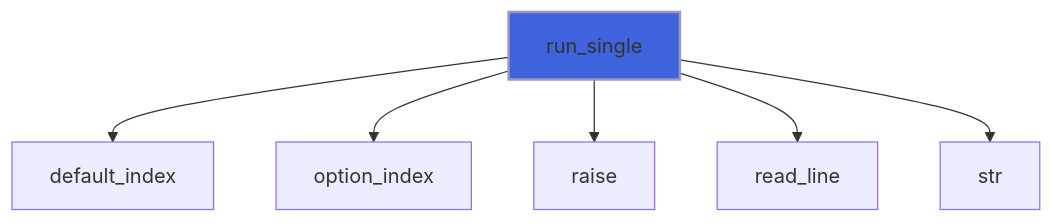
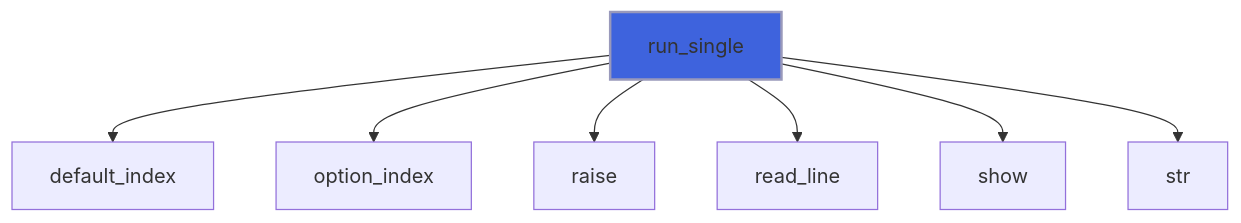
Before and after one commit to szaghi/FLAP: the fourth of 8 diagrams in docs/api/src/lib/flap_menu_t.md, drawn with Mermaid. The commit also changed other lines of this file and 6 other files, not shown here.

````diff
--- a/docs/api/src/lib/flap_menu_t.md
+++ b/docs/api/src/lib/flap_menu_t.md
@@ -169,9 +188,10 @@
 ```mermaid
 flowchart TD
   run_single["run_single"] --> default_index["default_index"]
   run_single["run_single"] --> option_index["option_index"]
   run_single["run_single"] --> raise["raise"]
   run_single["run_single"] --> read_line["read_line"]
+  run_single["run_single"] --> show["show"]
   run_single["run_single"] --> str["str"]
   style run_single fill:#3e63dd,stroke:#99b,stroke-width:2px
 ```
````
